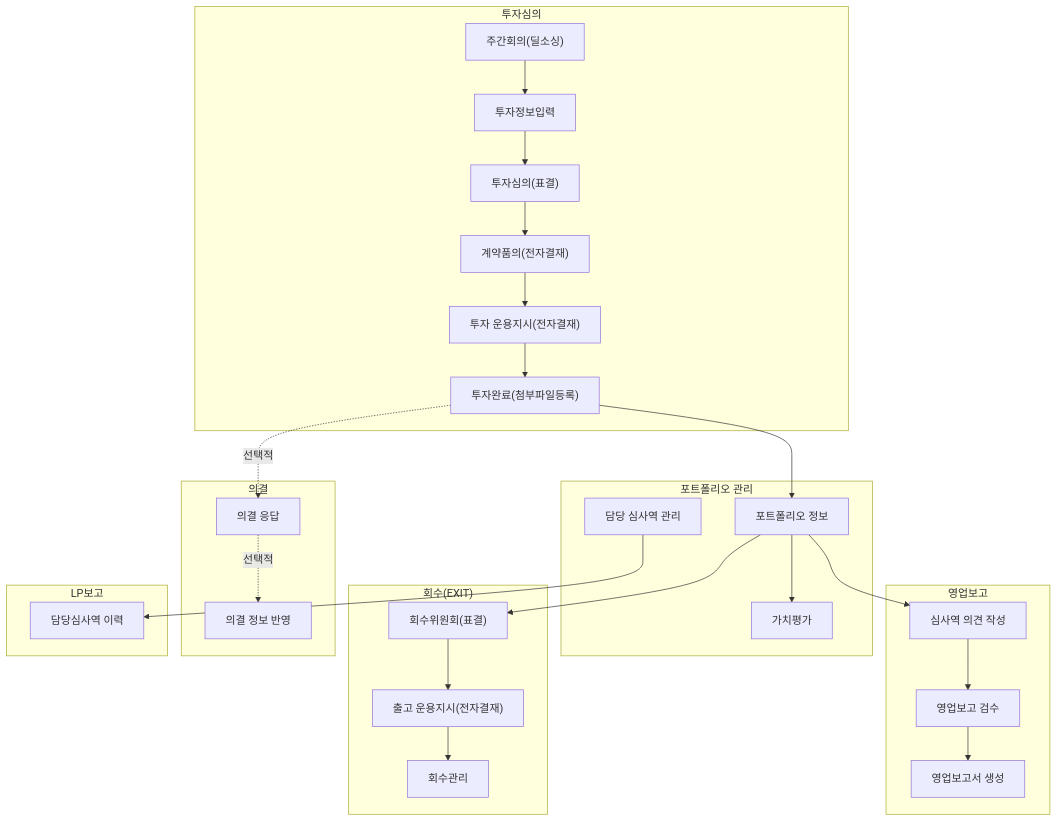
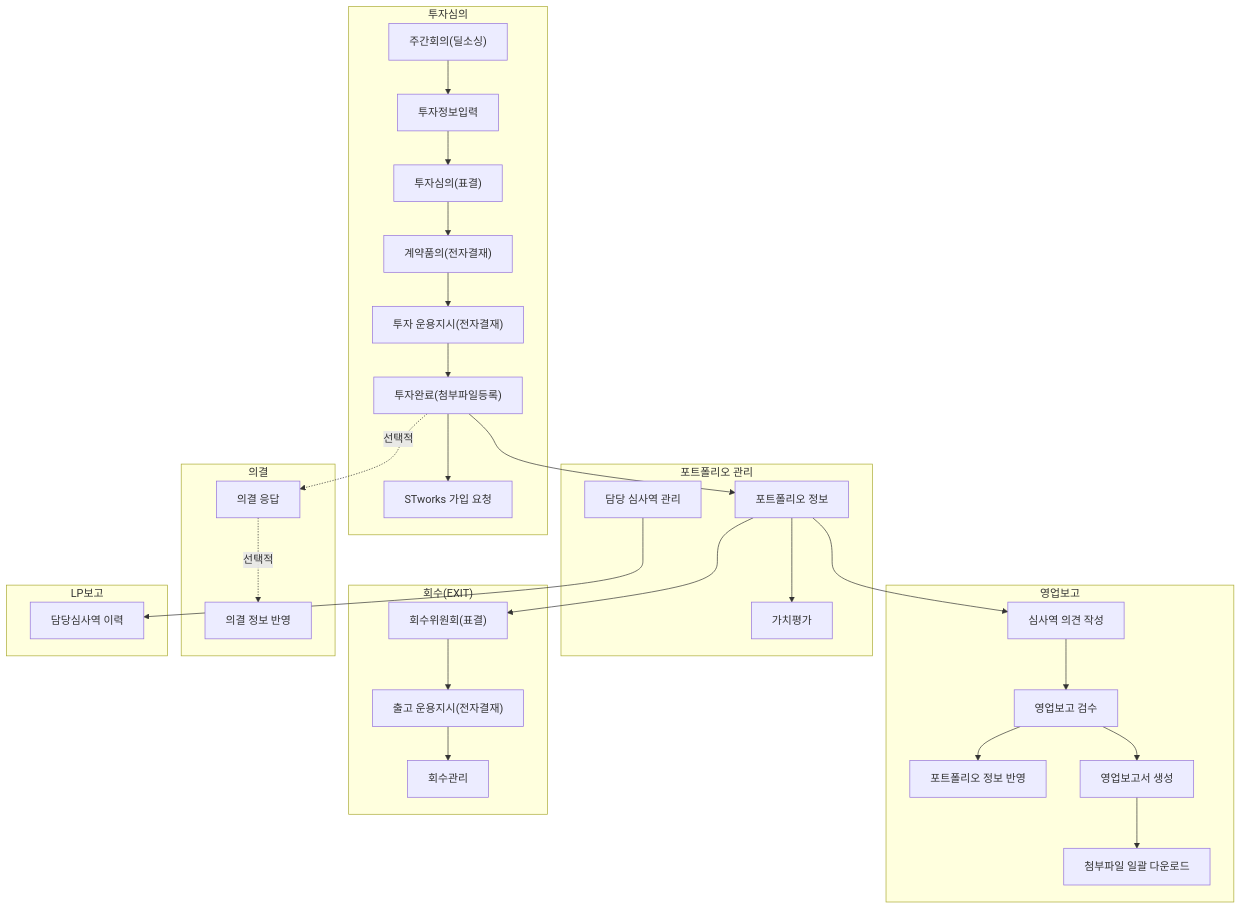
One commit to ddock-ddock/ddock-ddock.github.io changed the diagram in _tabs/associate-start.md. Above: the diagram before and after it, drawn with Mermaid. The commit also changed other lines of this file and 2 other files, not shown here.

First line of the commit message:
mermaid 업무 흐름도에 신규 매뉴얼 노드·진입점 추가

````diff
--- a/_tabs/associate-start.md
+++ b/_tabs/associate-start.md
@@ -94,68 +94,77 @@
 ```mermaid
 flowchart TD
  subgraph s1["투자심의"]
         wr0003["주간회의(딜소싱)"]
         vs0003["투자정보입력"]
         vs0006["투자심의(표결)"]
         ed0001a["계약품의(전자결재)"]
         oi0003["투자 운용지시(전자결재)"]
         vs0009["투자완료(첨부파일등록)"]
+        stworks_invite["STworks 가입 요청"]
   end
  subgraph s2["포트폴리오 관리"]
         pm0100["포트폴리오 정보"]
         pm0300["가치평가"]
         vs0031["담당 심사역 관리"]
   end
  subgraph s3["영업보고"]
         br0009["심사역 의견 작성"]
         br0007["영업보고 검수"]
+        br0007a["포트폴리오 정보 반영"]
         br0011["영업보고서 생성"]
+        br0011a["첨부파일 일괄 다운로드"]
   end
  subgraph s4["회수(EXIT)"]
         ex0001["회수위원회(표결)"]
         oi0001["출고 운용지시(전자결재)"]
         ex0007["회수관리"]
   end
  subgraph s5["의결"]
         sa0002["의결 응답"]
         sa0003["의결 정보 반영"]
   end
  subgraph s6["LP보고"]
         lp0600["담당심사역 이력"]
   end
     wr0003 --> vs0003
     vs0003 --> vs0006
     vs0006 --> ed0001a
     ed0001a --> oi0003
     oi0003 --> vs0009
+    vs0009 --> stworks_invite
     vs0009 --> pm0100
     pm0100 --> pm0300
     pm0100 --> br0009
     pm0100 --> ex0001
     vs0009 -. 선택적 .-> sa0002
     br0009 --> br0007
     br0007 --> br0011
+    br0007 --> br0007a
+    br0011 --> br0011a
     ex0001 --> oi0001
     oi0001 --> ex0007
     sa0002 -. 선택적 .-> sa0003
     vs0031 --> lp0600
 
     click wr0003 "{% post_url 2024-07-09-wr0003 %}"
     click vs0003 "{% post_url 2024-07-10-vs0003 %}"
     click vs0006 "{% post_url 2024-07-11-vs0006 %}"
     click ed0001a "{% post_url 2024-07-12-ed0001a %}"
     click oi0003 "{% post_url 2024-07-13-oi0003 %}"
     click vs0009 "{% post_url 2024-07-14-vs0009 %}"
     click pm0300 "{% post_url 2024-09-01-pm0300 %}"
     click vs0031 "{% post_url 2025-04-03-vs0031 %}"
     click br0009 "{% post_url 2024-08-26-br0009 %}"
     click br0007 "{% post_url 2024-08-25-br0007 %}"
+    click br0007a "{% post_url 2026-04-21-br0007a %}"
     click br0011 "{% post_url 2024-08-27-br0011 %}"
+    click br0011a "{% post_url 2026-04-21-br0011a %}"
+    click stworks_invite "{% post_url 2026-04-21-stworks-invite %}"
     click ex0001 "{% post_url 2024-07-18-ex0001 %}"
     click oi0001 "{% post_url 2024-07-19-oi0001 %}"
     click ex0007 "{% post_url 2024-07-20-ex0007 %}"
     click sa0002 "{% post_url 2024-09-11-sa0002 %}"
     click sa0003 "{% post_url 2024-09-12-sa0003 %}"
     click lp0600 "{% post_url 2024-11-29-lp0600 %}"
 
 ```
````
